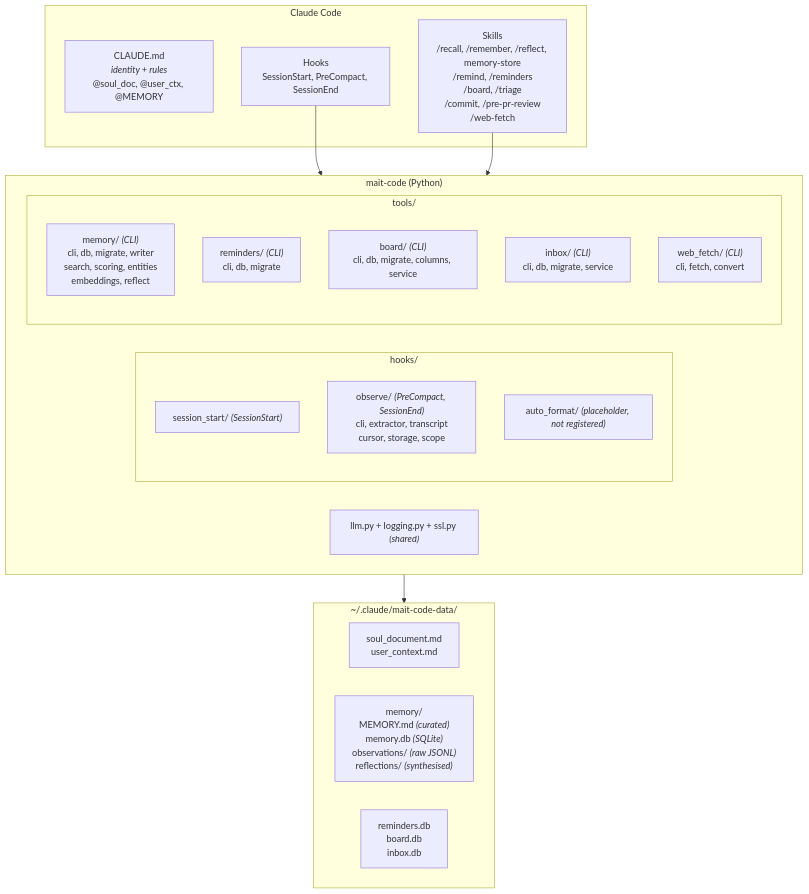
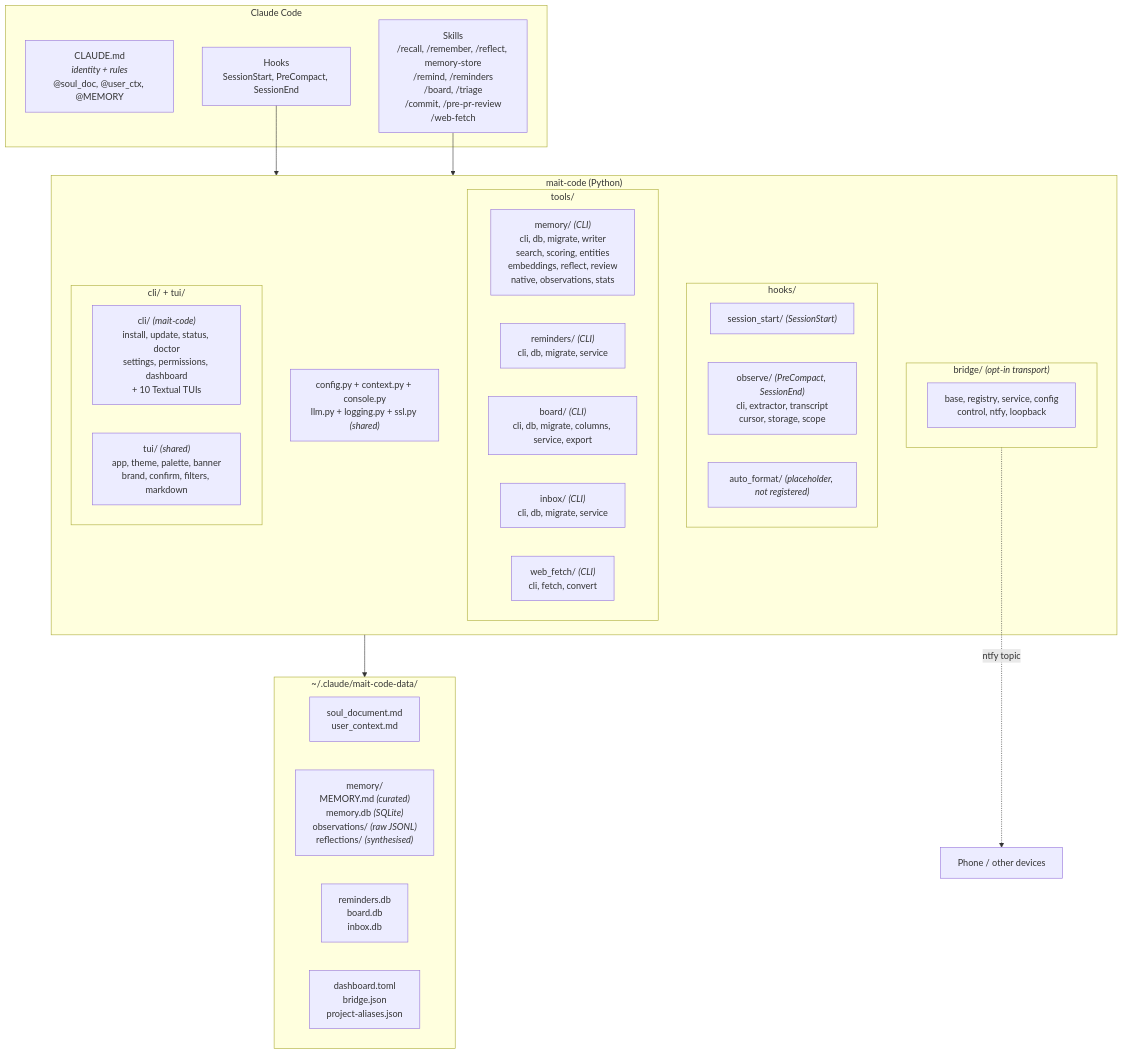
Before and after one commit to wiktordepina/mait-code: the first of 4 diagrams in docs/architecture.md, drawn with Mermaid. The commit also changed other lines of this file and 26 other files, not shown here.

````diff
--- a/docs/architecture.md
+++ b/docs/architecture.md
@@ -14,34 +14,43 @@
 ```mermaid
 graph TD
     subgraph claude_code ["Claude Code"]
         CLAUDE_MD["CLAUDE.md<br/><i>identity + rules</i><br/>@soul_doc, @user_ctx, @MEMORY"]
         HOOKS["Hooks<br/>SessionStart, PreCompact, SessionEnd"]
         SKILLS["Skills<br/>/recall, /remember, /reflect, memory-store<br/>/remind, /reminders<br/>/board, /triage<br/>/commit, /pre-pr-review<br/>/web-fetch"]
     end
 
     subgraph mait_code ["mait-code (Python)"]
         subgraph hooks_pkg ["hooks/"]
             session_start["session_start/ <i>(SessionStart)</i>"]
             observe["observe/ <i>(PreCompact, SessionEnd)</i><br/>cli, extractor, transcript<br/>cursor, storage, scope"]
             auto_format["auto_format/ <i>(placeholder, not registered)</i>"]
         end
         subgraph tools_pkg ["tools/"]
-            memory_tool["memory/ <i>(CLI)</i><br/>cli, db, migrate, writer<br/>search, scoring, entities<br/>embeddings, reflect"]
-            reminders_tool["reminders/ <i>(CLI)</i><br/>cli, db, migrate"]
-            board_tool["board/ <i>(CLI)</i><br/>cli, db, migrate, columns, service"]
+            memory_tool["memory/ <i>(CLI)</i><br/>cli, db, migrate, writer<br/>search, scoring, entities<br/>embeddings, reflect, review<br/>native, observations, stats"]
+            reminders_tool["reminders/ <i>(CLI)</i><br/>cli, db, migrate, service"]
+            board_tool["board/ <i>(CLI)</i><br/>cli, db, migrate, columns, service, export"]
             inbox_tool["inbox/ <i>(CLI)</i><br/>cli, db, migrate, service"]
             web_fetch_tool["web_fetch/ <i>(CLI)</i><br/>cli, fetch, convert"]
         end
-        shared["llm.py + logging.py + ssl.py <i>(shared)</i>"]
+        subgraph bridge_pkg ["bridge/ <i>(opt-in transport)</i>"]
+            bridge_core["base, registry, service, config<br/>control, ntfy, loopback"]
+        end
+        subgraph ui_pkg ["cli/ + tui/"]
+            cli_layer["cli/ <i>(mait-code)</i><br/>install, update, status, doctor<br/>settings, permissions, dashboard<br/>+ 10 Textual TUIs"]
+            tui_layer["tui/ <i>(shared)</i><br/>app, theme, palette, banner<br/>brand, confirm, filters, markdown"]
+        end
+        shared["config.py + context.py + console.py<br/>llm.py + logging.py + ssl.py <i>(shared)</i>"]
     end
 
     subgraph data_dir ["~/.claude/mait-code-data/"]
         identity["soul_document.md<br/>user_context.md"]
         memory_store["memory/<br/>MEMORY.md <i>(curated)</i><br/>memory.db <i>(SQLite)</i><br/>observations/ <i>(raw JSONL)</i><br/>reflections/ <i>(synthesised)</i>"]
         other_dbs["reminders.db<br/>board.db<br/>inbox.db"]
+        cfg["dashboard.toml<br/>bridge.json<br/>project-aliases.json"]
     end
 
     HOOKS --> mait_code
     SKILLS --> mait_code
     mait_code --> data_dir
+    bridge_pkg -.->|"ntfy topic"| phone["Phone / other devices"]
 ```
````
